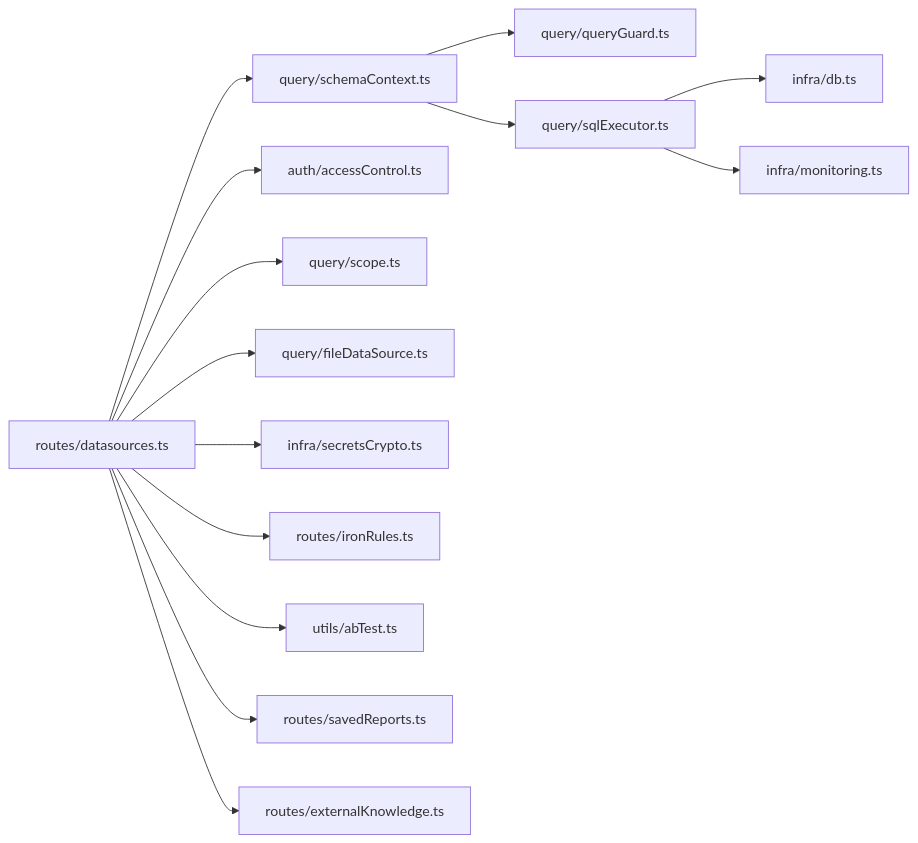
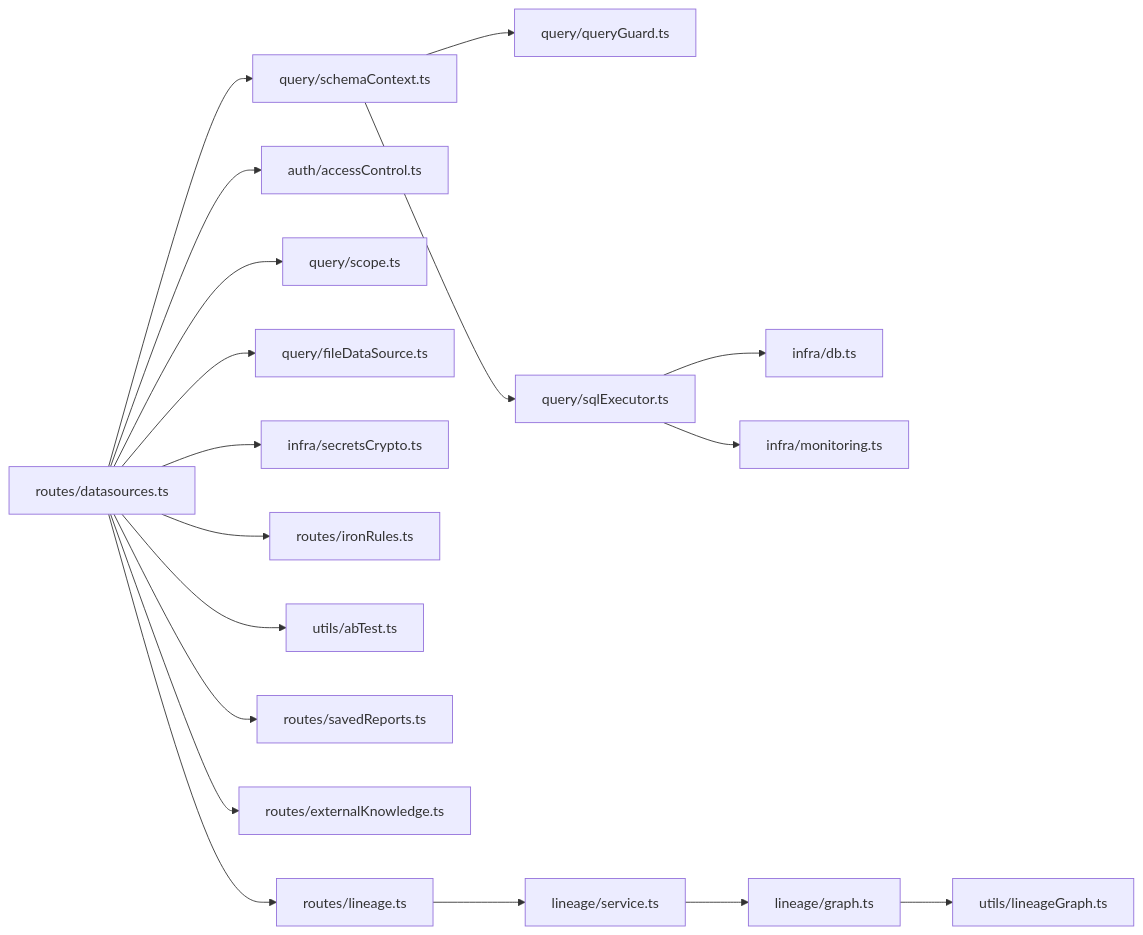
Before and after one commit to dgjin/smart-data-analytics: the seventh of 7 diagrams in .qoder/repowiki/zh/content/数据源管理/数据源管理.md, drawn with Mermaid. The commit also changed other lines of this file and 146 other files, not shown here.

````diff
--- a/.qoder/repowiki/zh/content/数据源管理/数据源管理.md
+++ b/.qoder/repowiki/zh/content/数据源管理/数据源管理.md
@@ -357,16 +414,20 @@
 ```mermaid
 graph LR
 Routes["routes/datasources.ts"] --> SCTX["query/schemaContext.ts"]
 Routes --> ACL["auth/accessControl.ts"]
 Routes --> SCOPE["query/scope.ts"]
 Routes --> FILE["query/fileDataSource.ts"]
 SCTX --> GUARD["query/queryGuard.ts"]
 SCTX --> EXEC["query/sqlExecutor.ts"]
 EXEC --> DB["infra/db.ts"]
 EXEC --> MON["infra/monitoring.ts"]
 Routes --> SEC["infra/secretsCrypto.ts"]
 Routes --> IRON["routes/ironRules.ts"]
 Routes --> ABTEST["utils/abTest.ts"]
 Routes --> REPORT["routes/savedReports.ts"]
 Routes --> EXTKB["routes/externalKnowledge.ts"]
+Routes --> LINEAGE["routes/lineage.ts"]
+LINEAGE --> LSVC["lineage/service.ts"]
+LSVC --> LGRAF["lineage/graph.ts"]
+LGRAF --> LUTIL["utils/lineageGraph.ts"]
 ```
````
